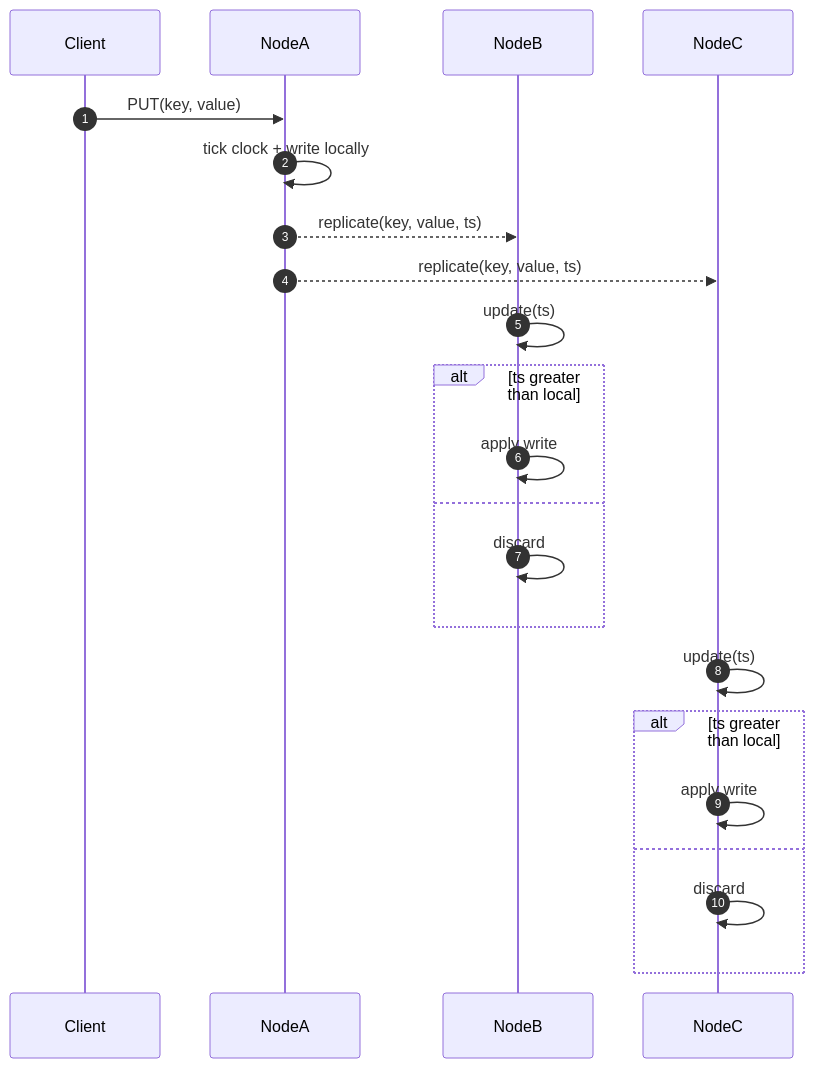
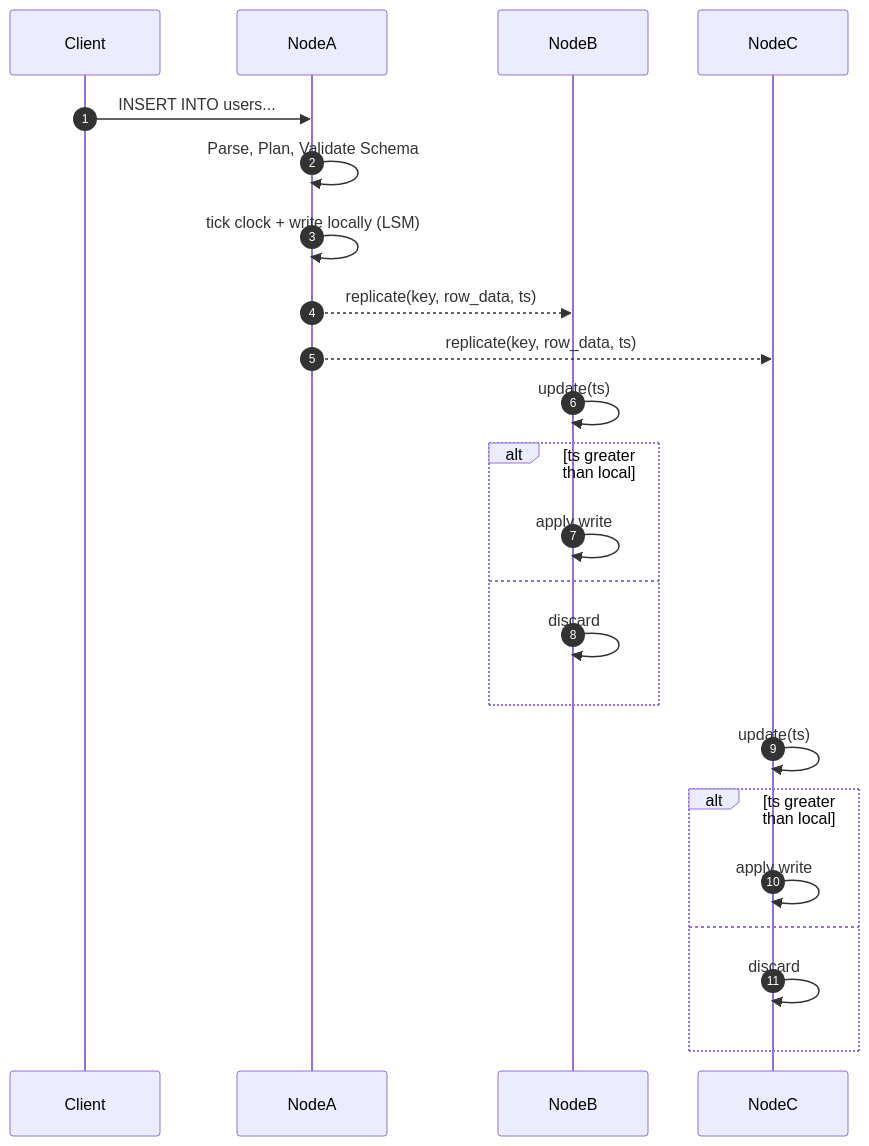
One commit to diegomrodrigues2/relational_distributed_database changed the second of 2 diagrams in README.md. Above: the diagram before and after it, drawn with Mermaid. The commit also changed other lines of this file, not shown here.

````diff
--- a/README.md
+++ b/README.md
@@ -37,25 +59,26 @@
 ```mermaid
 sequenceDiagram
     autonumber
     participant Client
     participant NodeA
     participant NodeB
     participant NodeC
 
-    Client->>NodeA: PUT(key, value)
-    NodeA->>NodeA: tick clock + write locally
-    NodeA-->>NodeB: replicate(key, value, ts)
-    NodeA-->>NodeC: replicate(key, value, ts)
+    Client->>NodeA: INSERT INTO users...
+    NodeA->>NodeA: Parse, Plan, Validate Schema
+    NodeA->>NodeA: tick clock + write locally (LSM)
+    NodeA-->>NodeB: replicate(key, row_data, ts)
+    NodeA-->>NodeC: replicate(key, row_data, ts)
     NodeB->>NodeB: update(ts)
     alt ts greater than local
         NodeB->>NodeB: apply write
     else
         NodeB->>NodeB: discard
     end
     NodeC->>NodeC: update(ts)
     alt ts greater than local
         NodeC->>NodeC: apply write
     else
         NodeC->>NodeC: discard
     end
 ```
````
